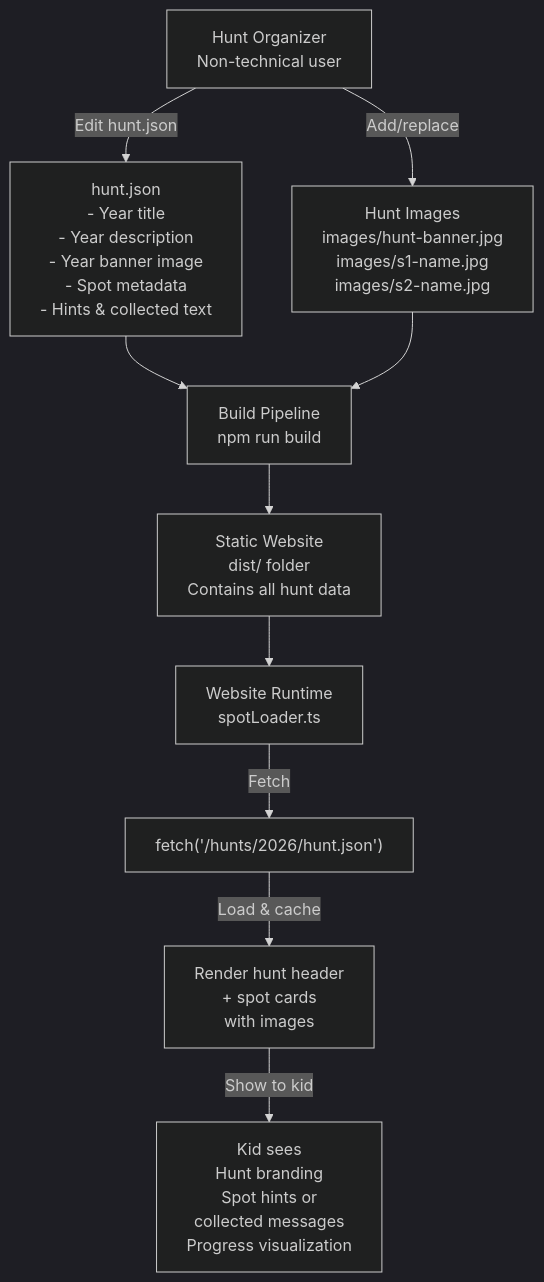
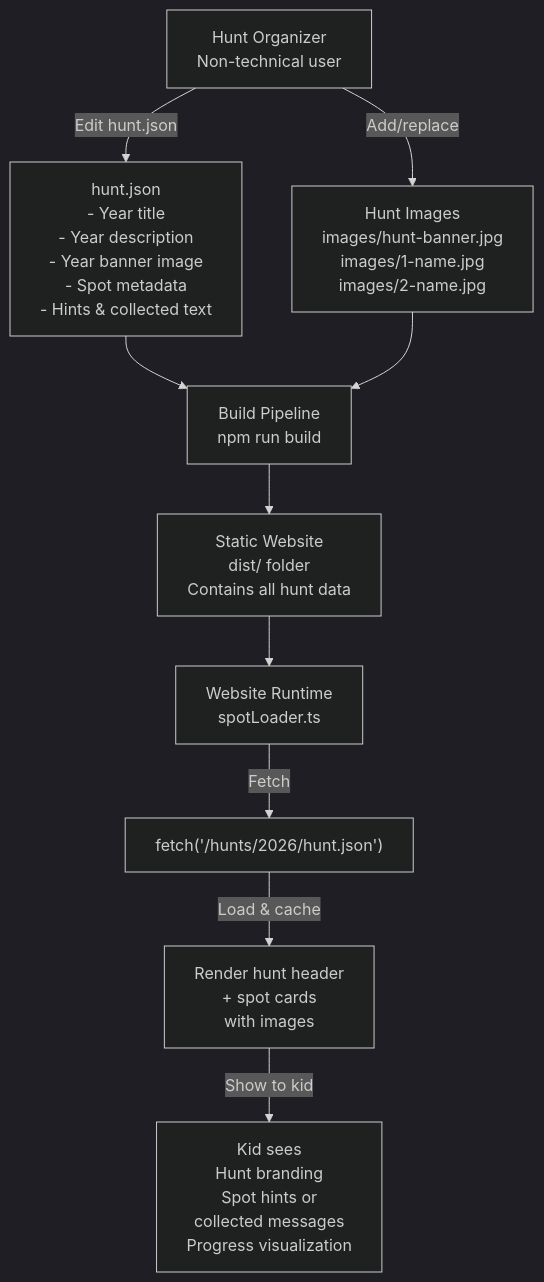
The second of 12 diagrams in docs/schematics.md (bnm12/magic-treasure-hunt-infra), drawn with Mermaid (dark theme) before and after one commit. The commit also changed other lines of this file and 9 other files, not shown here.

Commit message:
Schema updates

````diff
--- a/docs/schematics.md
+++ b/docs/schematics.md
@@ -27,20 +27,20 @@
 ```mermaid
 flowchart TB
   Org[Hunt Organizer<br/>Non-technical user]
 
   Org -->|Edit hunt.json| JSON["hunt.json<br/>- Year title<br/>- Year description<br/>- Year banner image<br/>- Spot metadata<br/>- Hints & collected text"]
 
-  Org -->|Add/replace| Images["Hunt Images<br/>images/hunt-banner.jpg<br/>images/s1-name.jpg<br/>images/s2-name.jpg"]
+  Org -->|Add/replace| Images["Hunt Images<br/>images/hunt-banner.jpg<br/>images/1-name.jpg<br/>images/2-name.jpg"]
 
   JSON --> Build["Build Pipeline<br/>npm run build"]
   Images --> Build
 
   Build --> Static["Static Website<br/>dist/ folder<br/>Contains all hunt data"]
 
   Static --> Web["Website Runtime<br/>spotLoader.ts"]
 
   Web -->|Fetch| HTTP["fetch('/hunts/2026/hunt.json')"]
   HTTP -->|Load & cache| Render["Render hunt header<br/>+ spot cards<br/>with images"]
 
   Render -->|Show to kid| Display["Kid sees<br/>Hunt branding<br/>Spot hints or<br/>collected messages<br/>Progress visualization"]
 ```
````
